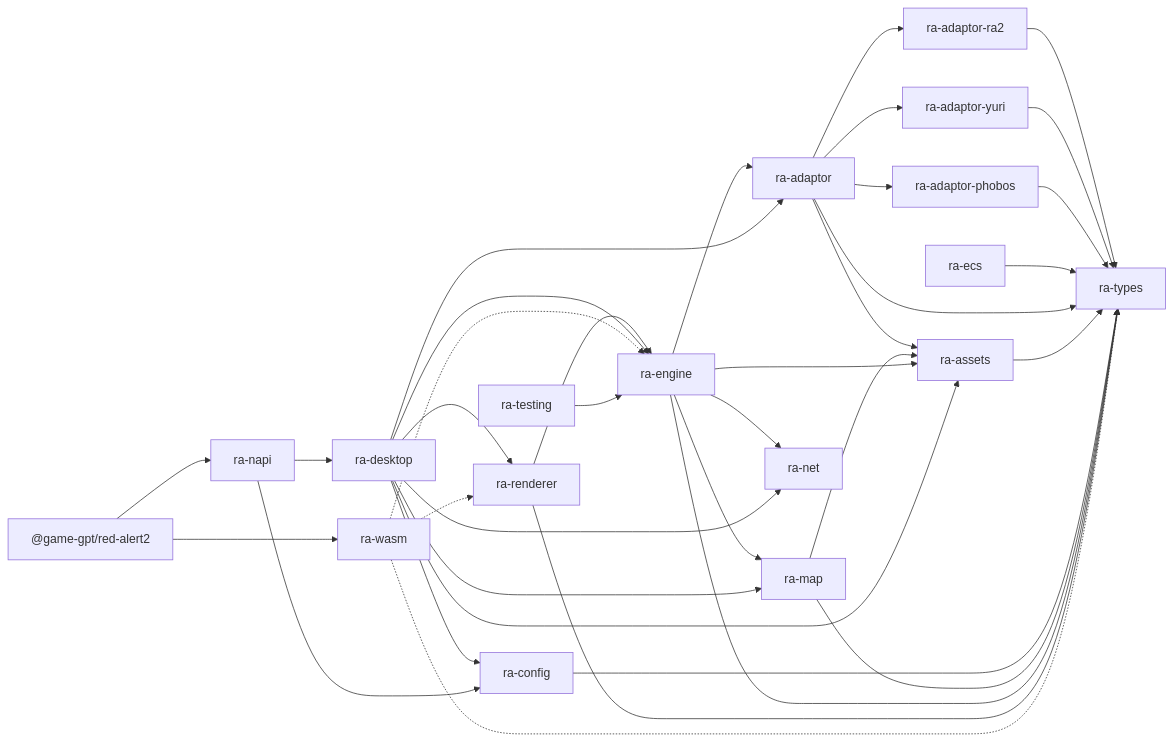
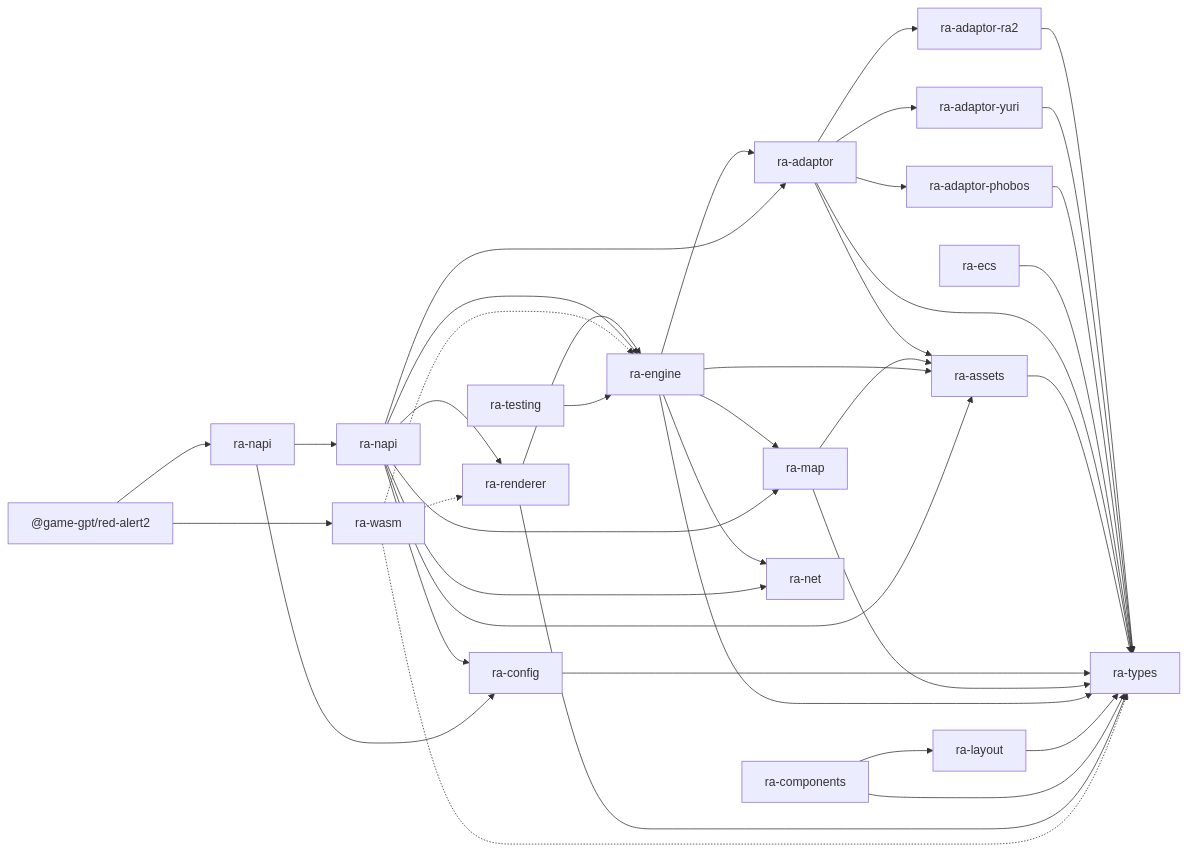
Before and after one commit to rust-alert/ra2.exe: the third of 3 diagrams in readme.md, drawn with Mermaid. The commit also changed other lines of this file and 14 other files, not shown here.

````diff
--- a/readme.md
+++ b/readme.md
@@ -190,55 +198,60 @@
 ```mermaid
 flowchart LR
     types[ra-types]
     ecs[ra-ecs]
     ra2a[ra-adaptor-ra2]
     yra[ra-adaptor-yuri]
     phobos[ra-adaptor-phobos]
     ad[ra-adaptor]
     as[ra-assets]
     cf[ra-config]
     mp[ra-map]
     eng[ra-engine]
+    lay[ra-layout]
+    comp[ra-components]
     re[ra-renderer]
-    de[ra-desktop]
+    de[ra-napi]
     napi[ra-napi]
     host["@game-gpt/red-alert2"]
     we[ra-wasm]
     te[ra-testing]
     net[ra-net]
     ra2a --> types
     yra --> types
     phobos --> types
     ecs --> types
     ad --> types
     ad --> as
     ad --> ra2a
     ad --> yra
     ad --> phobos
     as --> types
     cf --> types
     mp --> types
     mp --> as
     eng --> types
     eng --> ad
     eng --> mp
     eng --> as
     eng --> net
+    lay --> types
+    comp --> types
+    comp --> lay
     re --> types
     re --> eng
     de --> ad
     de --> cf
     de --> as
     de --> mp
     de --> eng
     de --> re
     de --> net
     napi --> de
     napi --> cf
     host --> napi
     host --> we
     we -.-> types
     we -.-> eng
     we -.-> re
     te --> eng
 ```
````
